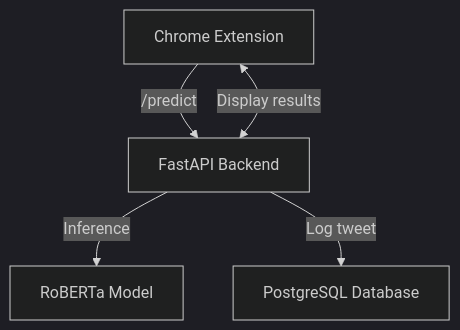
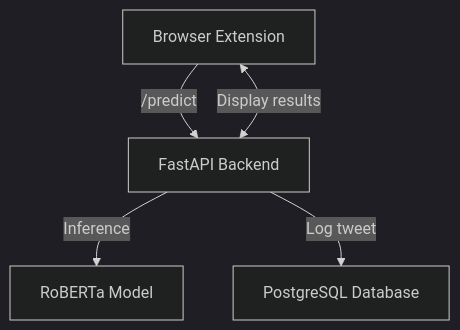
The second of 2 diagrams in README.md (abenezeradane/bodyguard), drawn with Mermaid (dark theme) before and after one commit. The commit also changed other lines of this file, not shown here.

````diff
--- a/README.md
+++ b/README.md
@@ -86,12 +86,12 @@
 ```mermaid
 graph TD
-    A[Chrome Extension]
+    A[Browser Extension]
     B[FastAPI Backend]
     C[RoBERTa Model]
     D[PostgreSQL Database]
 
     A -->|/predict| B
     B -->|Inference| C
     B -->|Log tweet| D
     A <-->|Display results| B
 ```
````
